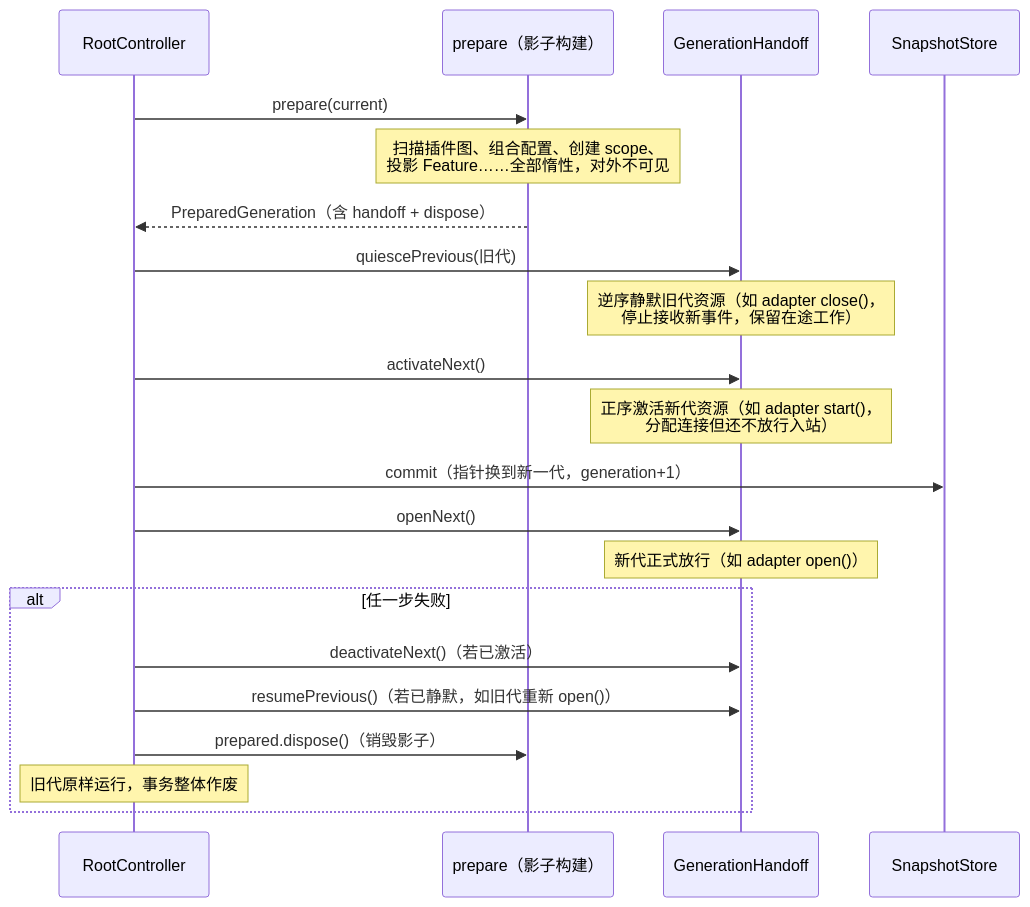
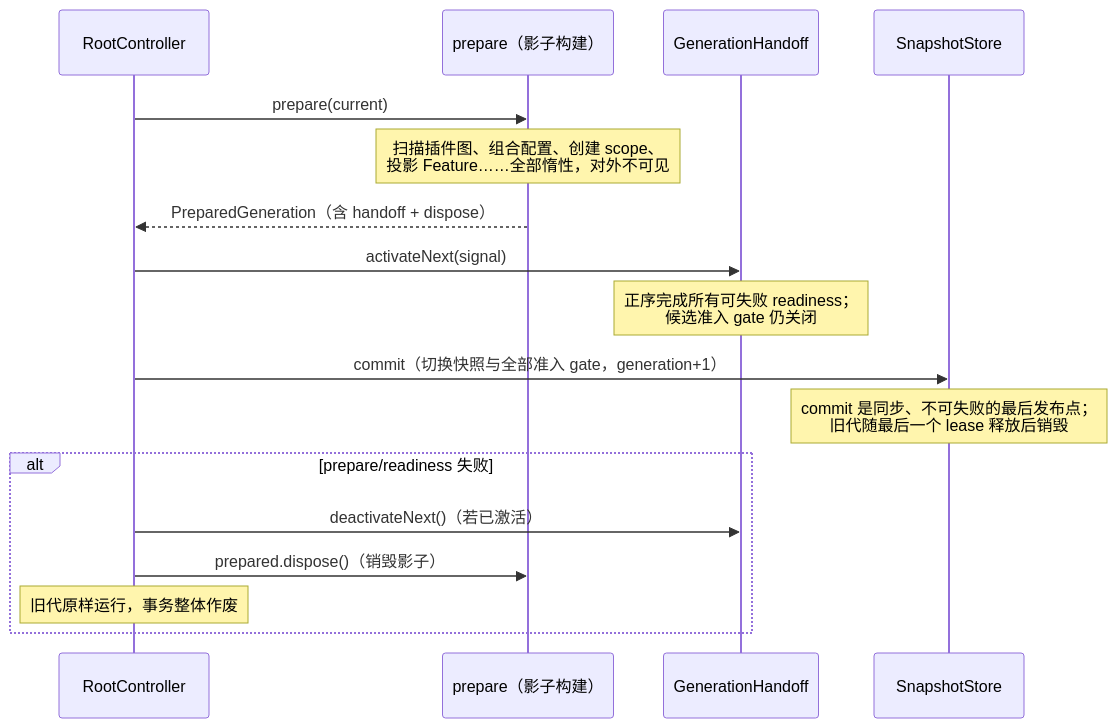
The diagram in docs/concepts/generation-lifecycle.md (zhinjs/zhin), drawn with Mermaid before and after one commit. The commit also changed other lines of this file and 130 other files, not shown here.

````diff
--- a/docs/concepts/generation-lifecycle.md
+++ b/docs/concepts/generation-lifecycle.md
@@ -27,24 +27,20 @@
 ```mermaid
 sequenceDiagram
     participant C as RootController
     participant P as prepare（影子构建）
     participant H as GenerationHandoff
     participant S as SnapshotStore
 
     C->>P: prepare(current)
     Note over P: 扫描插件图、组合配置、创建 scope、<br/>投影 Feature……全部惰性，对外不可见
     P-->>C: PreparedGeneration（含 handoff + dispose）
-    C->>H: quiescePrevious(旧代)
-    Note over H: 逆序静默旧代资源（如 adapter close()，<br/>停止接收新事件，保留在途工作）
-    C->>H: activateNext()
-    Note over H: 正序激活新代资源（如 adapter start()，<br/>分配连接但还不放行入站）
-    C->>S: commit（指针换到新一代，generation+1）
-    C->>H: openNext()
-    Note over H: 新代正式放行（如 adapter open()）
-    alt 任一步失败
+    C->>H: activateNext(signal)
+    Note over H: 正序完成所有可失败 readiness；<br/>候选准入 gate 仍关闭
+    C->>S: commit（切换快照与全部准入 gate，generation+1）
+    Note over S: commit 是同步、不可失败的最后发布点；<br/>旧代随最后一个 lease 释放后销毁
+    alt prepare/readiness 失败
         C->>H: deactivateNext()（若已激活）
-        C->>H: resumePrevious()（若已静默，如旧代重新 open()）
         C->>P: prepared.dispose()（销毁影子）
         Note over C: 旧代原样运行，事务整体作废
     end
 ```
````
